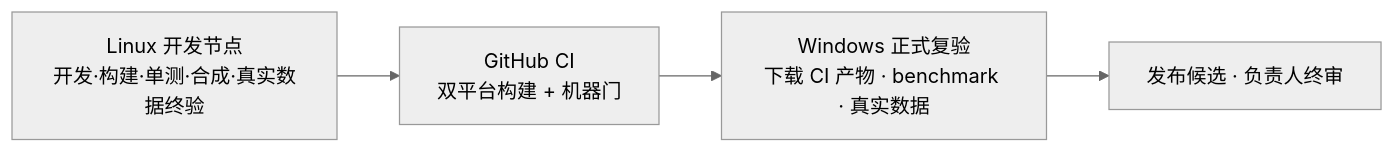
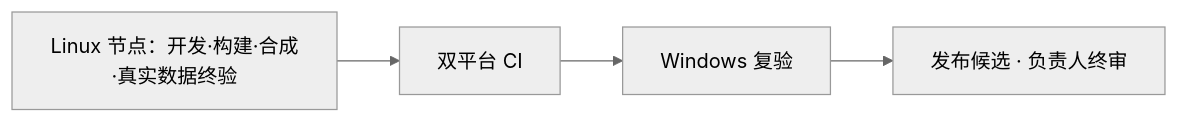
Before and after one commit to fujiaze/Astro-CS-Database: the ninth of 10 diagrams in docs/ASTROCS_DESIGN.md, drawn with Mermaid (neutral theme). The commit also changed other lines of this file and 1 other file, not shown here.

````diff
--- a/docs/ASTROCS_DESIGN.md
+++ b/docs/ASTROCS_DESIGN.md
@@ -778,6 +474,6 @@
 ```mermaid
 flowchart LR
-    L["Linux 开发节点<br/>开发·构建·单测·合成·真实数据终验"] --> CI["GitHub CI<br/>双平台构建 + 机器门"]
-    CI --> W["Windows 正式复验<br/>下载 CI 产物 · benchmark · 真实数据"]
+    L["Linux 节点：开发·构建·合成·真实数据终验"] --> CI["双平台 CI"]
+    CI --> W["Windows 复验"]
     W --> R["发布候选 · 负责人终审"]
 ```
````
